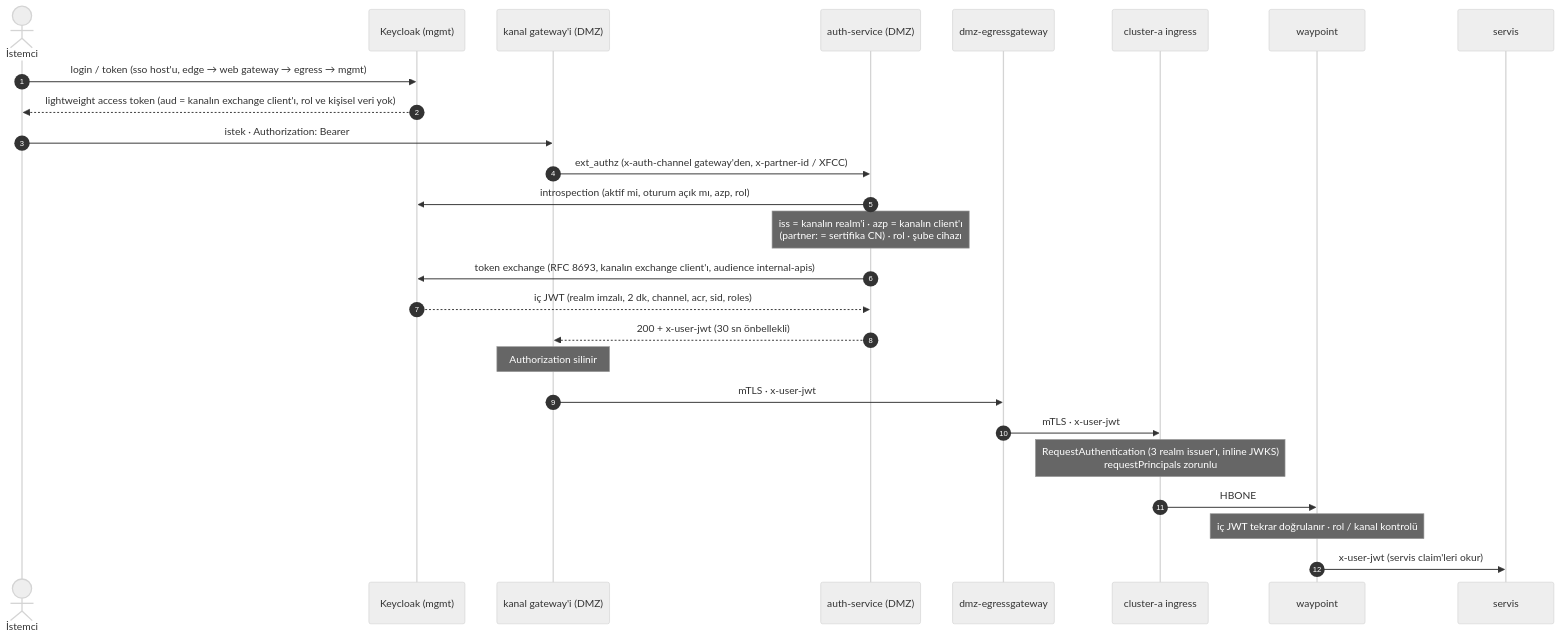
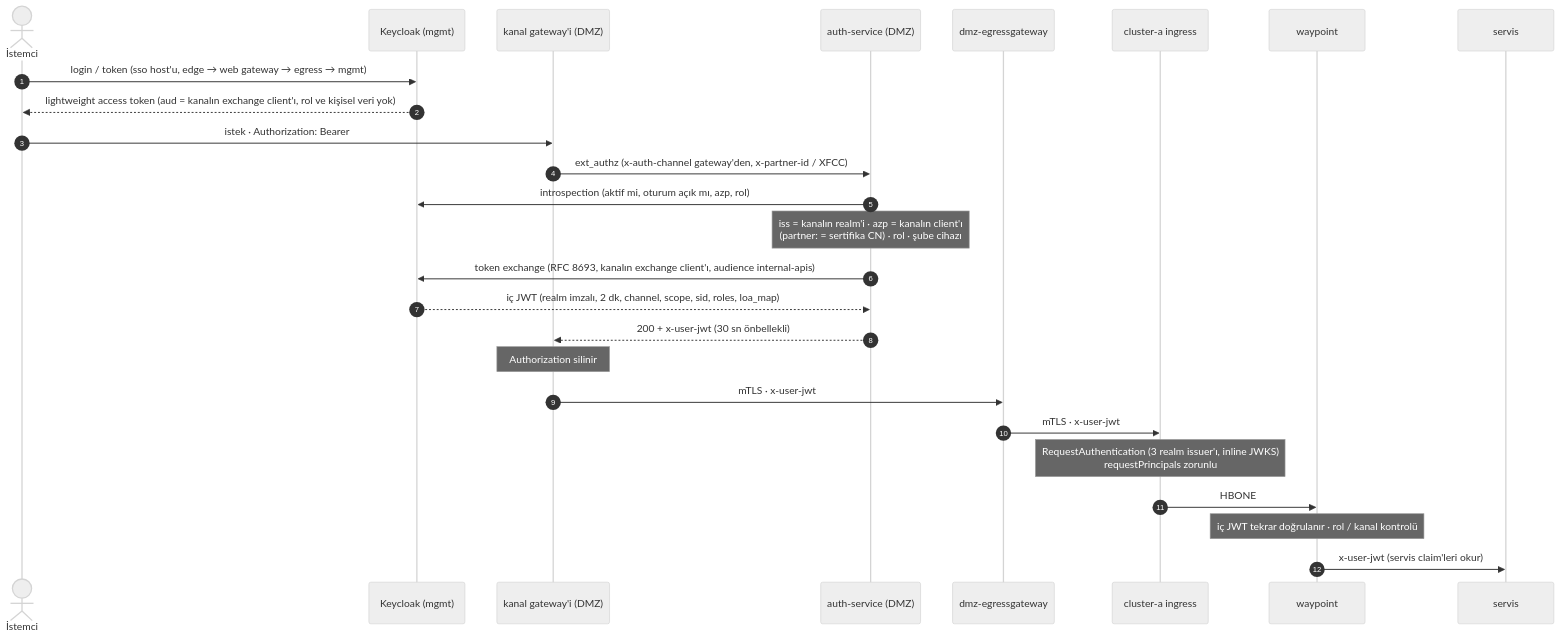
Before and after one commit to olgunyldz/service-mesh-lab: the tenth of 11 diagrams in README.md, drawn with Mermaid (neutral theme). The commit also changed other lines of this file and 25 other files, not shown here.

````diff
--- a/README.md
+++ b/README.md
@@ -874,29 +879,29 @@
 ```mermaid
 sequenceDiagram
     autonumber
     actor U as İstemci
     participant KC as Keycloak (mgmt)
     participant G as kanal gateway'i (DMZ)
     participant AS as auth-service (DMZ)
     participant E as dmz-egressgateway
     participant GA as cluster-a ingress
     participant WA as waypoint
     participant A as servis
 
     U->>KC: login / token (sso host'u, edge → web gateway → egress → mgmt)
     KC-->>U: lightweight access token (aud = kanalın exchange client'ı, rol ve kişisel veri yok)
     U->>G: istek · Authorization: Bearer
     G->>AS: ext_authz (x-auth-channel gateway'den, x-partner-id / XFCC)
     AS->>KC: introspection (aktif mi, oturum açık mı, azp, rol)
     Note over AS: iss = kanalın realm'i · azp = kanalın client'ı<br/>(partner: = sertifika CN) · rol · şube cihazı
     AS->>KC: token exchange (RFC 8693, kanalın exchange client'ı, audience internal-apis)
-    KC-->>AS: iç JWT (realm imzalı, 2 dk, channel, acr, sid, roles)
+    KC-->>AS: iç JWT (realm imzalı, 2 dk, channel, scope, sid, roles, loa_map)
     AS-->>G: 200 + x-user-jwt (30 sn önbellekli)
     Note over G: Authorization silinir
     G->>E: mTLS · x-user-jwt
     E->>GA: mTLS · x-user-jwt
     Note over GA: RequestAuthentication (3 realm issuer'ı, inline JWKS)<br/>requestPrincipals zorunlu
     GA->>WA: HBONE
     Note over WA: iç JWT tekrar doğrulanır · rol / kanal kontrolü
     WA->>A: x-user-jwt (servis claim'leri okur)
 ```
````
